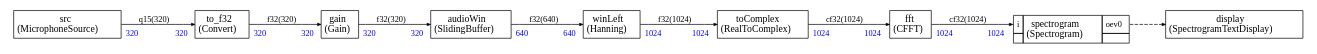
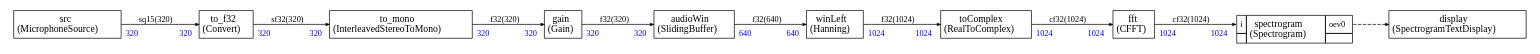
The diagram in runner_common/app_graph/app.dot (christophe0606/CMSIS-Stream-Nodes), drawn with Graphviz before and after one commit. The commit also changed 16 other files, not shown here.

```diff
--- a/runner_common/app_graph/app.dot
+++ b/runner_common/app_graph/app.dot
@@ -1,136 +1,149 @@
 
 
 
 
 
 
 digraph structs {
     bgcolor = "white"
     node [shape=plaintext,color="black",fontcolor="black",fontname="Times-Roman"]
     rankdir=LR
     edge [arrowsize="0.5",color="black",fontcolor="black",fontname="Times-Roman"]
 
 
 audioWin [label=<
 <TABLE color="black" bgcolor="none" BORDER="0" CELLBORDER="1" CELLSPACING="0" CELLPADDING="4">
   <TR>
     <TD ALIGN="CENTER" PORT="i"><FONT COLOR="black" POINT-SIZE="14.0">audioWin<BR/>(SlidingBuffer)</FONT></TD>
   </TR>
 </TABLE>>];
 
 fft [label=<
 <TABLE color="black" bgcolor="none" BORDER="0" CELLBORDER="1" CELLSPACING="0" CELLPADDING="4">
   <TR>
     <TD ALIGN="CENTER" PORT="i"><FONT COLOR="black" POINT-SIZE="14.0">fft<BR/>(CFFT)</FONT></TD>
   </TR>
 </TABLE>>];
 
 gain [label=<
 <TABLE color="black" bgcolor="none" BORDER="0" CELLBORDER="1" CELLSPACING="0" CELLPADDING="4">
   <TR>
     <TD ALIGN="CENTER" PORT="i"><FONT COLOR="black" POINT-SIZE="14.0">gain<BR/>(Gain)</FONT></TD>
   </TR>
 </TABLE>>];
 
 
 spectrogram [label=<
 <TABLE color="black" bgcolor="none" BORDER="0" CELLBORDER="1" CELLSPACING="0" CELLPADDING="4">
   <TR>
     <TD PORT="i"><FONT POINT-SIZE="12.0" COLOR="black">i</FONT></TD>
     <TD ALIGN="CENTER" ROWSPAN="2"><FONT COLOR="black" POINT-SIZE="14.0">spectrogram<BR/>(Spectrogram)</FONT></TD>
     <TD PORT="oev0"><FONT POINT-SIZE="12.0" COLOR="black">oev0</FONT></TD>
   </TR>
 <TR>
  
 <TD></TD>
  
 <TD></TD></TR>
 
 </TABLE>>];
 
 src [label=<
 <TABLE color="black" bgcolor="none" BORDER="0" CELLBORDER="1" CELLSPACING="0" CELLPADDING="4">
   <TR>
     <TD ALIGN="CENTER" PORT="i"><FONT COLOR="black" POINT-SIZE="14.0">src<BR/>(MicrophoneSource)</FONT></TD>
   </TR>
 </TABLE>>];
 
 toComplex [label=<
 <TABLE color="black" bgcolor="none" BORDER="0" CELLBORDER="1" CELLSPACING="0" CELLPADDING="4">
   <TR>
     <TD ALIGN="CENTER" PORT="i"><FONT COLOR="black" POINT-SIZE="14.0">toComplex<BR/>(RealToComplex)</FONT></TD>
   </TR>
 </TABLE>>];
 
 to_f32 [label=<
 <TABLE color="black" bgcolor="none" BORDER="0" CELLBORDER="1" CELLSPACING="0" CELLPADDING="4">
   <TR>
     <TD ALIGN="CENTER" PORT="i"><FONT COLOR="black" POINT-SIZE="14.0">to_f32<BR/>(Convert)</FONT></TD>
   </TR>
 </TABLE>>];
 
+to_mono [label=<
+<TABLE color="black" bgcolor="none" BORDER="0" CELLBORDER="1" CELLSPACING="0" CELLPADDING="4">
+  <TR>
+    <TD ALIGN="CENTER" PORT="i"><FONT COLOR="black" POINT-SIZE="14.0">to_mono<BR/>(InterleavedStereoToMono)</FONT></TD>
+  </TR>
+</TABLE>>];
+
 winLeft [label=<
 <TABLE color="black" bgcolor="none" BORDER="0" CELLBORDER="1" CELLSPACING="0" CELLPADDING="4">
   <TR>
     <TD ALIGN="CENTER" PORT="i"><FONT COLOR="black" POINT-SIZE="14.0">winLeft<BR/>(Hanning)</FONT></TD>
   </TR>
 </TABLE>>];
 
 display [label=<
 <TABLE color="black" bgcolor="none" BORDER="0" CELLBORDER="1" CELLSPACING="0" CELLPADDING="4">
   <TR>
     <TD ALIGN="CENTER" PORT="i"><FONT COLOR="black" POINT-SIZE="14.0">display<BR/>(SpectrogramTextDisplay)</FONT></TD>
   </TR>
 </TABLE>>];
 
 
 
-src:i -> to_f32:i [style="solid",color="black",fontsize="12.0",fontcolor="black",label=<q15(320)>
+src:i -> to_f32:i [style="solid",color="black",fontsize="12.0",fontcolor="black",label=<sq15(320)>
 ,headlabel=<<TABLE BORDER="0" CELLPADDING="4"><TR><TD><FONT COLOR="blue" POINT-SIZE="12.0" >320</FONT>
 </TD></TR></TABLE>>
 ,taillabel=<<TABLE BORDER="0" CELLPADDING="4"><TR><TD><FONT COLOR="blue" POINT-SIZE="12.0" >320</FONT>
 </TD></TR></TABLE>>]
 
-to_f32:i -> gain:i [style="solid",color="black",fontsize="12.0",fontcolor="black",label=<f32(320)>
+to_f32:i -> to_mono:i [style="solid",color="black",fontsize="12.0",fontcolor="black",label=<sf32(320)>
+,headlabel=<<TABLE BORDER="0" CELLPADDING="4"><TR><TD><FONT COLOR="blue" POINT-SIZE="12.0" >320</FONT>
+</TD></TR></TABLE>>
+,taillabel=<<TABLE BORDER="0" CELLPADDING="4"><TR><TD><FONT COLOR="blue" POINT-SIZE="12.0" >320</FONT>
+</TD></TR></TABLE>>]
+
+to_mono:i -> gain:i [style="solid",color="black",fontsize="12.0",fontcolor="black",label=<f32(320)>
 ,headlabel=<<TABLE BORDER="0" CELLPADDING="4"><TR><TD><FONT COLOR="blue" POINT-SIZE="12.0" >320</FONT>
 </TD></TR></TABLE>>
 ,taillabel=<<TABLE BORDER="0" CELLPADDING="4"><TR><TD><FONT COLOR="blue" POINT-SIZE="12.0" >320</FONT>
 </TD></TR></TABLE>>]
 
 gain:i -> audioWin:i [style="solid",color="black",fontsize="12.0",fontcolor="black",label=<f32(320)>
 ,headlabel=<<TABLE BORDER="0" CELLPADDING="4"><TR><TD><FONT COLOR="blue" POINT-SIZE="12.0" >320</FONT>
 </TD></TR></TABLE>>
 ,taillabel=<<TABLE BORDER="0" CELLPADDING="4"><TR><TD><FONT COLOR="blue" POINT-SIZE="12.0" >320</FONT>
 </TD></TR></TABLE>>]
 
 audioWin:i -> winLeft:i [style="solid",color="black",fontsize="12.0",fontcolor="black",label=<f32(640)>
 ,headlabel=<<TABLE BORDER="0" CELLPADDING="4"><TR><TD><FONT COLOR="blue" POINT-SIZE="12.0" >640</FONT>
 </TD></TR></TABLE>>
 ,taillabel=<<TABLE BORDER="0" CELLPADDING="4"><TR><TD><FONT COLOR="blue" POINT-SIZE="12.0" >640</FONT>
 </TD></TR></TABLE>>]
 
 winLeft:i -> toComplex:i [style="solid",color="black",fontsize="12.0",fontcolor="black",label=<f32(1024)>
 ,headlabel=<<TABLE BORDER="0" CELLPADDING="4"><TR><TD><FONT COLOR="blue" POINT-SIZE="12.0" >1024</FONT>
 </TD></TR></TABLE>>
 ,taillabel=<<TABLE BORDER="0" CELLPADDING="4"><TR><TD><FONT COLOR="blue" POINT-SIZE="12.0" >1024</FONT>
 </TD></TR></TABLE>>]
 
 toComplex:i -> fft:i [style="solid",color="black",fontsize="12.0",fontcolor="black",label=<cf32(1024)>
 ,headlabel=<<TABLE BORDER="0" CELLPADDING="4"><TR><TD><FONT COLOR="blue" POINT-SIZE="12.0" >1024</FONT>
 </TD></TR></TABLE>>
 ,taillabel=<<TABLE BORDER="0" CELLPADDING="4"><TR><TD><FONT COLOR="blue" POINT-SIZE="12.0" >1024</FONT>
 </TD></TR></TABLE>>]
 
 fft:i -> spectrogram:i [style="solid",color="black",fontsize="12.0",fontcolor="black",label=<cf32(1024)>
 ,headlabel=<<TABLE BORDER="0" CELLPADDING="4"><TR><TD><FONT COLOR="blue" POINT-SIZE="12.0" >1024</FONT>
 </TD></TR></TABLE>>
 ,taillabel=<<TABLE BORDER="0" CELLPADDING="4"><TR><TD><FONT COLOR="blue" POINT-SIZE="12.0" >1024</FONT>
 </TD></TR></TABLE>>]
 
 
 
 spectrogram:oev0 -> display:i [style="dashed",color="black",fontsize="12.0",fontcolor="black",label=<>
 
 ]
 
 }
```
